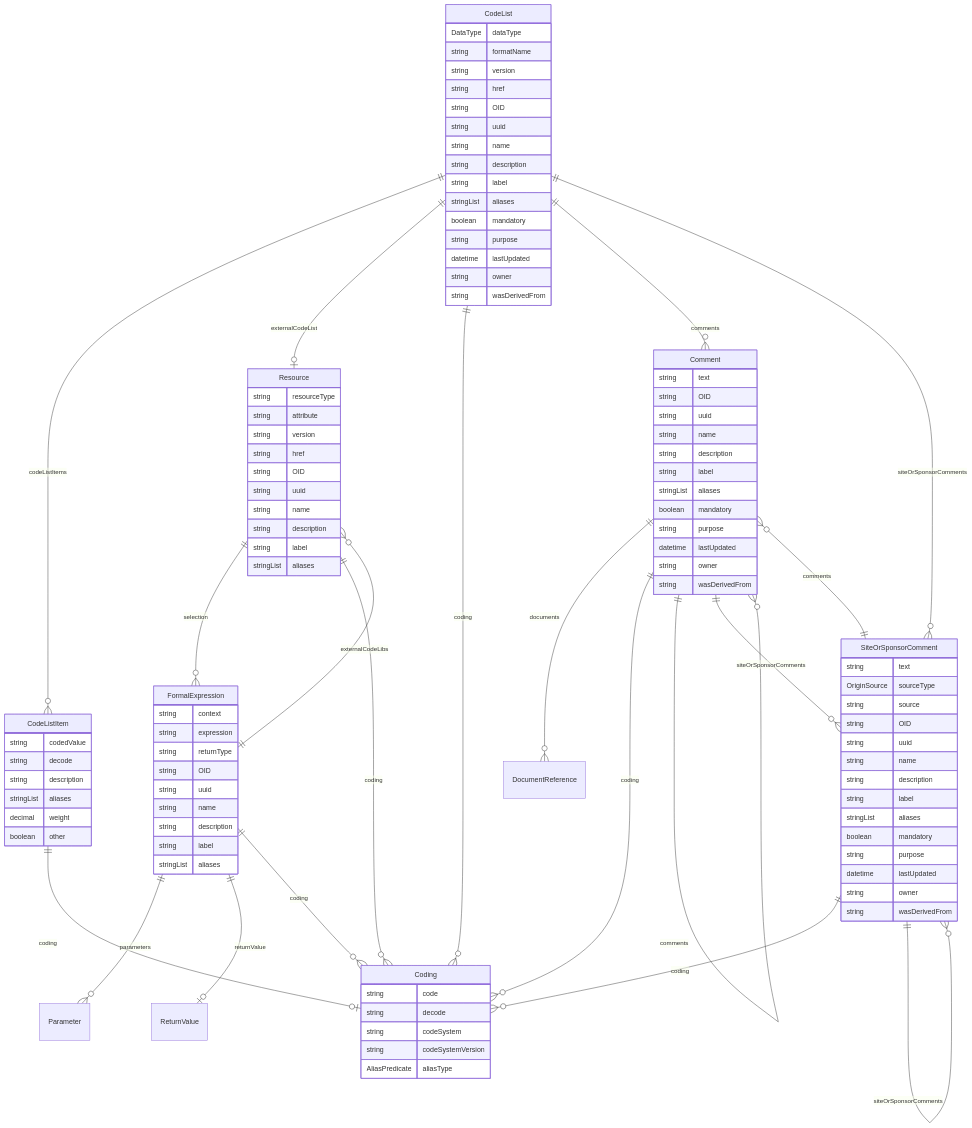
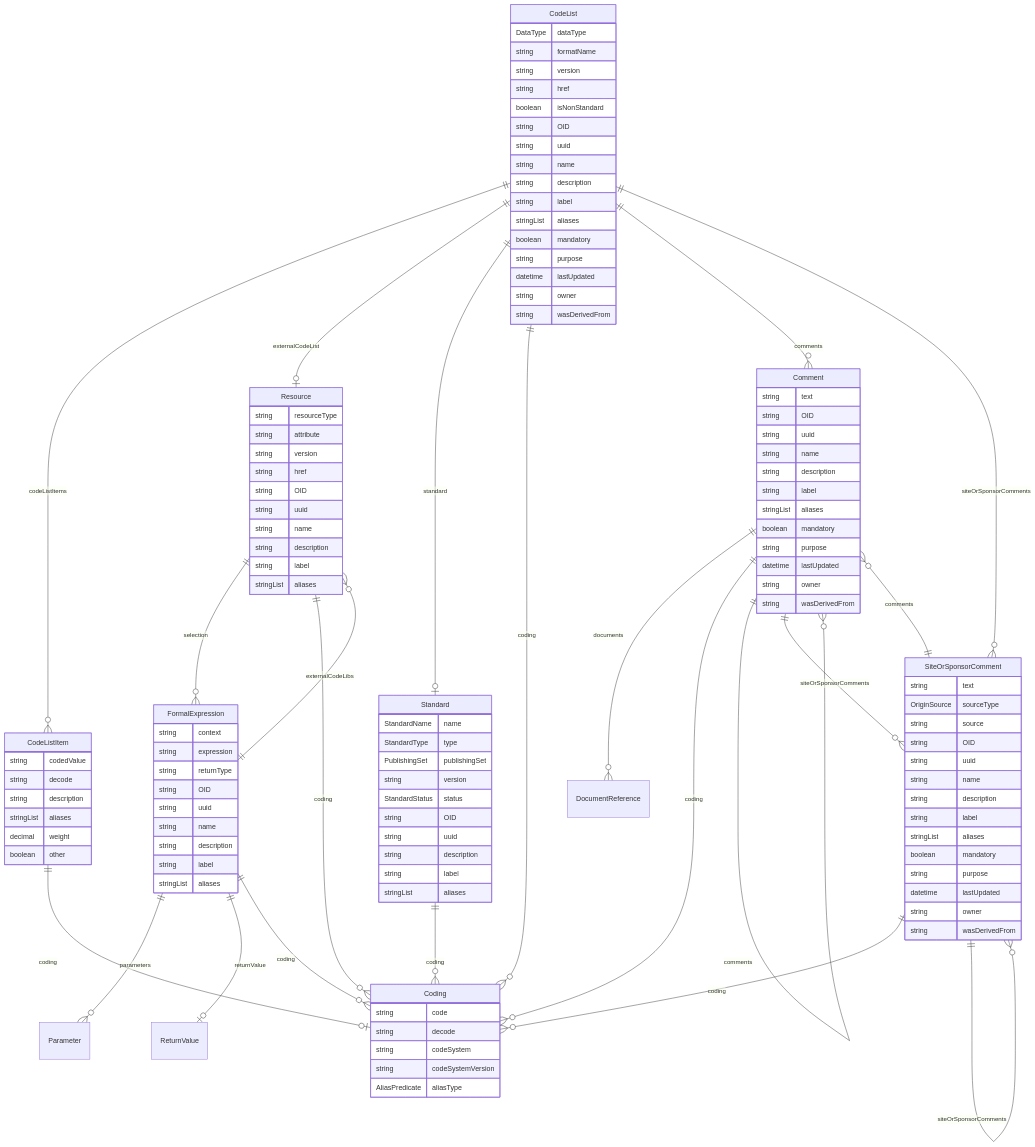
Before and after one commit to TeMeta/define-json: the diagram in docs/classes/CodeList.md, drawn with Mermaid. The commit also changed other lines of this file and 101 other files, not shown here.

Commit message:
adding ODM isNonStandard, hasNoRecords, standard and corresponding define round-tripping

```diff
--- a/docs/classes/CodeList.md
+++ b/docs/classes/CodeList.md
@@ -19,6 +19,7 @@
     string formatName  
     string version  
     string href  
+    boolean isNonStandard  
     string OID  
     string uuid  
     string name  
@@ -68,6 +69,18 @@
     string codeSystemVersion  
     AliasPredicate aliasType  
 }
+Standard {
+    StandardName name  
+    StandardType type  
+    PublishingSet publishingSet  
+    string version  
+    StandardStatus status  
+    string OID  
+    string uuid  
+    string description  
+    string label  
+    stringList aliases  
+}
 Resource {
     string resourceType  
     string attribute  
@@ -102,6 +115,7 @@
 
 CodeList ||--}o CodeListItem : "codeListItems"
 CodeList ||--|o Resource : "externalCodeList"
+CodeList ||--|o Standard : "standard"
 CodeList ||--}o Coding : "coding"
 CodeList ||--}o Comment : "comments"
 CodeList ||--}o SiteOrSponsorComment : "siteOrSponsorComments"
@@ -112,6 +126,7 @@
 Comment ||--}o Coding : "coding"
 Comment ||--}o Comment : "comments"
 Comment ||--}o SiteOrSponsorComment : "siteOrSponsorComments"
+Standard ||--}o Coding : "coding"
 Resource ||--}o FormalExpression : "selection"
 Resource ||--}o Coding : "coding"
 FormalExpression ||--}o Parameter : "parameters"
```
